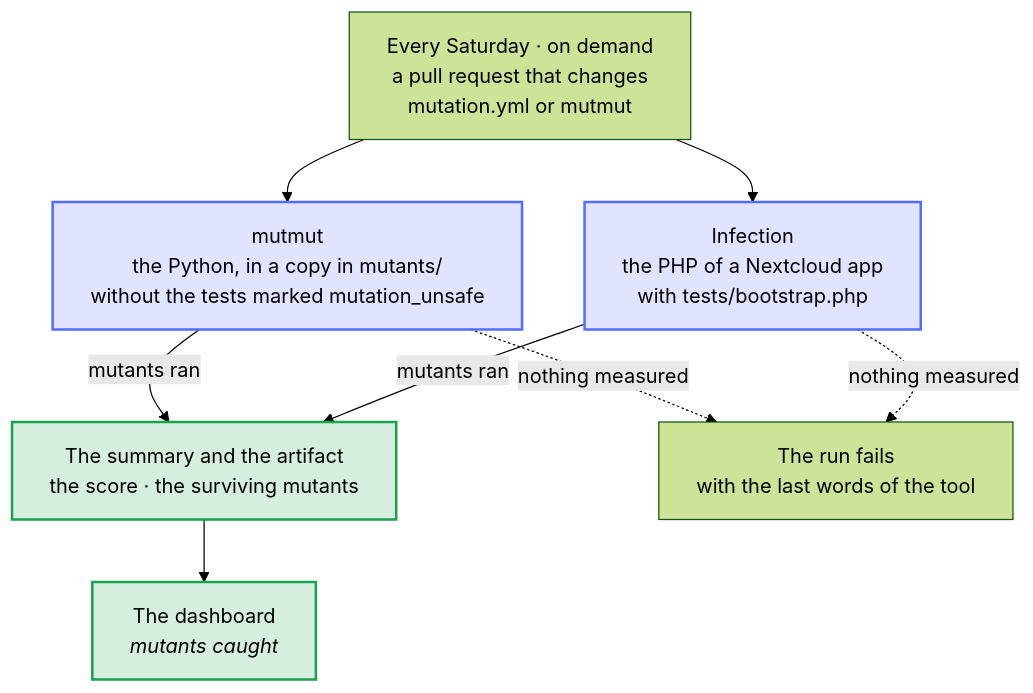
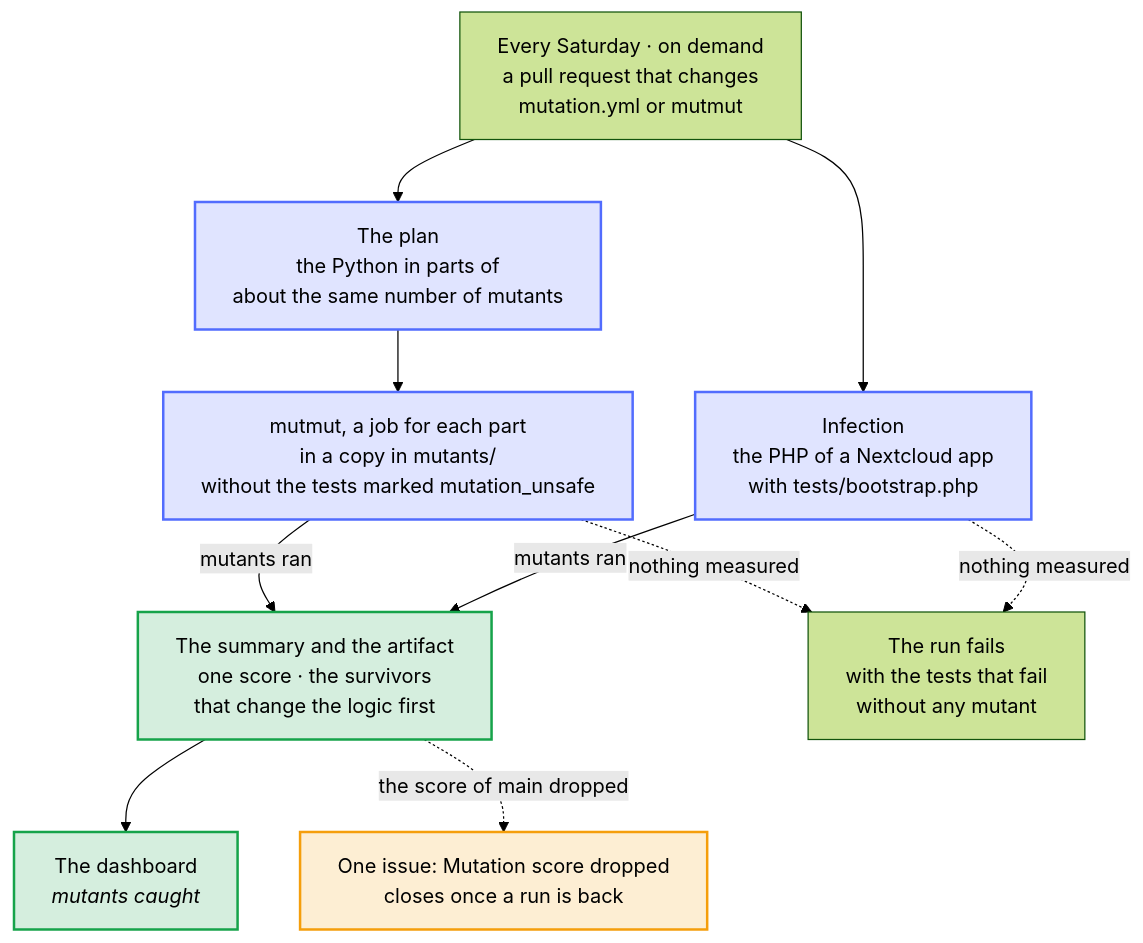
The diagram in docs/diagrams/how-the-mutation-tests-run.mmd (Dennis-Otto/repo-blueprint), drawn with Mermaid (forest theme) before and after one commit. The commit also changed 19 other files, not shown here.

```diff
--- a/docs/diagrams/how-the-mutation-tests-run.mmd
+++ b/docs/diagrams/how-the-mutation-tests-run.mmd
@@ -1,28 +1,34 @@
 ---
 config:
   flowchart:
     wrappingWidth: 400
 ---
 flowchart TB
     accTitle: How the mutation tests run
-    accDescr: Every Saturday, on demand, and for a pull request that changes how they run, the Mutation workflow runs the mutants. mutmut changes the Python in a copy of the repository and leaves out the tests marked mutation_unsafe; Infection changes the PHP of a Nextcloud app, with the bootstrap of its tests. When mutants ran, the summary shows the score and the surviving mutants, the artifact keeps them and the dashboard shows the score. A run that measured nothing fails and shows the last words of the tool.
+    accDescr: Every Saturday, on demand, and for a pull request that changes how they run, the Mutation workflow runs the mutants. For Python, the plan splits the code into parts of about the same number of mutants, and mutmut runs each part in a job of its own, in a copy of the repository and without the tests marked mutation_unsafe; Infection changes the PHP of a Nextcloud app, with the bootstrap of its tests. The summary shows one score and first the survivors that change the logic, with their changes, the artifact keeps them and the dashboard shows the score. When the score of the default branch drops below that of the run before, one issue opens, which closes once a run is back. A run that measured nothing fails and names the tests that failed without any mutant.
 
     start["Every Saturday · on demand<br>a pull request that changes<br>mutation.yml or mutmut"]
-    python["mutmut<br>the Python, in a copy in mutants/<br>without the tests marked mutation_unsafe"]
+    plan["The plan<br>the Python in parts of<br>about the same number of mutants"]
+    python["mutmut, a job for each part<br>in a copy in mutants/<br>without the tests marked mutation_unsafe"]
     php["Infection<br>the PHP of a Nextcloud app<br>with tests/bootstrap.php"]
-    score["The summary and the artifact<br>the score · the surviving mutants"]
+    score["The summary and the artifact<br>one score · the survivors<br>that change the logic first"]
     dashboard["`The dashboard<br>*mutants caught*`"]
-    fail["The run fails<br>with the last words of the tool"]
+    issue["One issue: Mutation score dropped<br>closes once a run is back"]
+    fail["The run fails<br>with the tests that fail<br>without any mutant"]
 
-    start --> python
+    start --> plan
+    plan --> python
     start --> php
     python -- "mutants ran" --> score
     php -- "mutants ran" --> score
     score --> dashboard
+    score -. "the score of main dropped" .-> issue
     python -. "nothing measured" .-> fail
     php -. "nothing measured" .-> fail
 
     classDef bot fill:#526cfe2e,stroke:#526cfe,stroke-width:2px
     classDef done fill:#16a34a2e,stroke:#16a34a,stroke-width:2px
-    class python,php bot
+    classDef person fill:#f59e0b2e,stroke:#f59e0b,stroke-width:2px
+    class plan,python,php bot
     class score,dashboard done
+    class issue person
```
